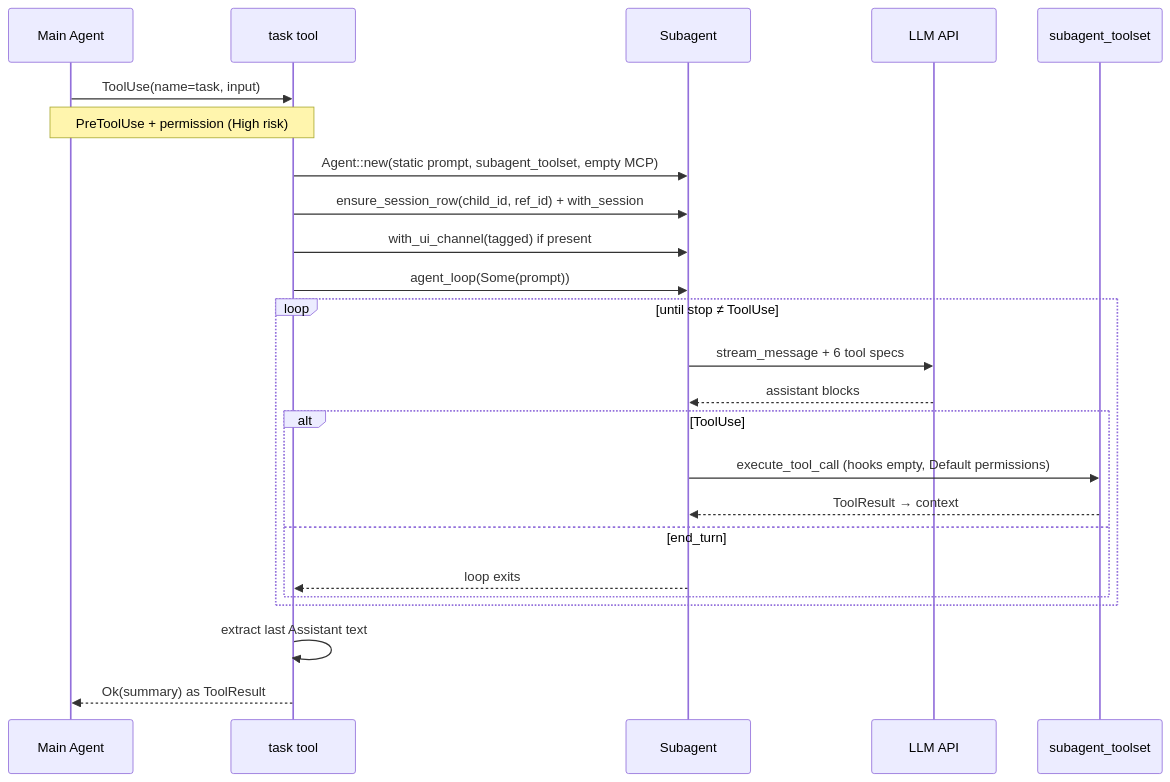
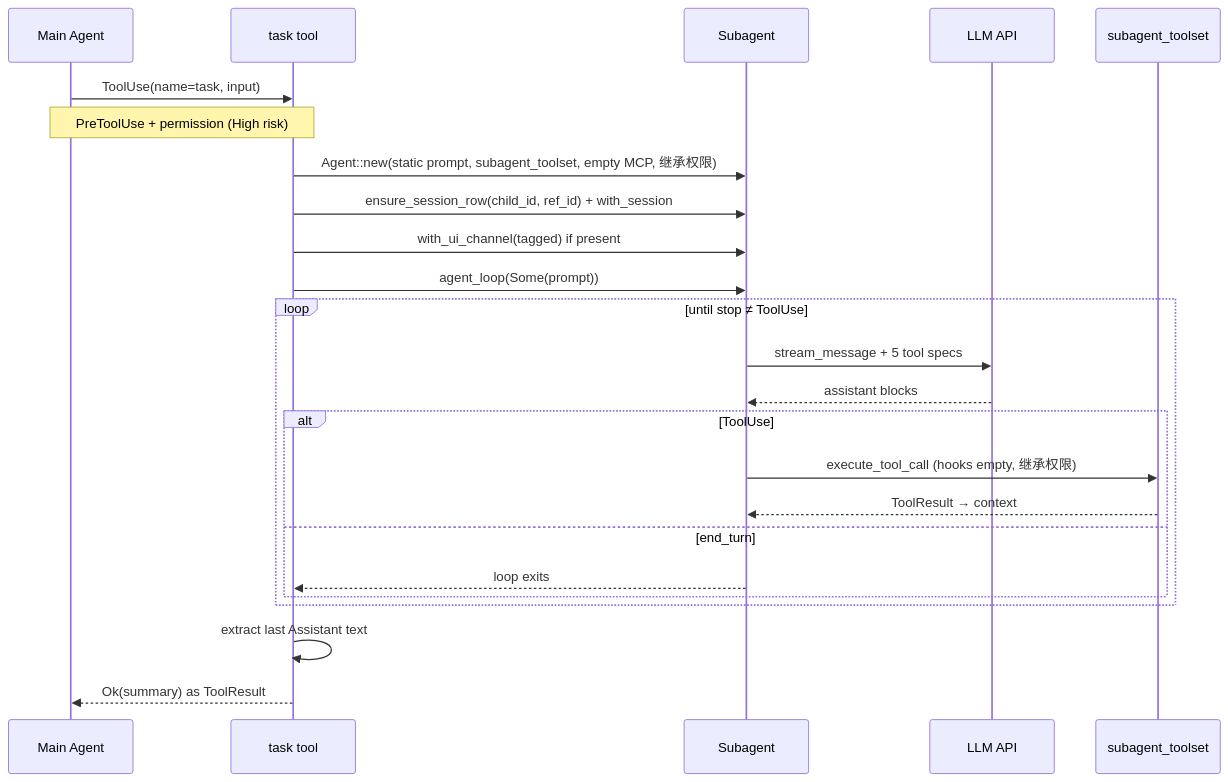
One commit to rust-infra/tact changed the first of 4 diagrams in book/12_chapter_subagent_zh.md. Above: the diagram before and after it, drawn with Mermaid. The commit also changed other lines of this file and 166 other files, not shown here.

````diff
--- a/book/12_chapter_subagent_zh.md
+++ b/book/12_chapter_subagent_zh.md
@@ -60,29 +89,29 @@
 ```mermaid
 sequenceDiagram
     participant Parent as Main Agent
     participant Task as task tool
     participant Sub as Subagent
     participant LLM as LLM API
     participant Tools as subagent_toolset
 
     Parent->>Task: ToolUse(name=task, input)
     Note over Parent,Task: PreToolUse + permission (High risk)
-    Task->>Sub: Agent::new(static prompt, subagent_toolset, empty MCP)
+    Task->>Sub: Agent::new(static prompt, subagent_toolset, empty MCP, 继承权限)
     Task->>Sub: ensure_session_row(child_id, ref_id) + with_session
     Task->>Sub: with_ui_channel(tagged) if present
     Task->>Sub: agent_loop(Some(prompt))
 
     loop until stop ≠ ToolUse
-        Sub->>LLM: stream_message + 6 tool specs
+        Sub->>LLM: stream_message + 5 tool specs
         LLM-->>Sub: assistant blocks
         alt ToolUse
-            Sub->>Tools: execute_tool_call (hooks empty, Default permissions)
+            Sub->>Tools: execute_tool_call (hooks empty, 继承权限)
             Tools-->>Sub: ToolResult → context
         else end_turn
             Sub-->>Task: loop exits
         end
     end
 
     Task->>Task: extract last Assistant text
     Task-->>Parent: Ok(summary) as ToolResult
 ```
````
